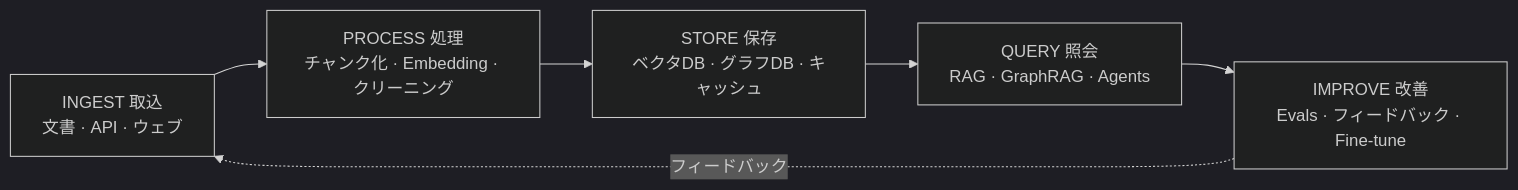
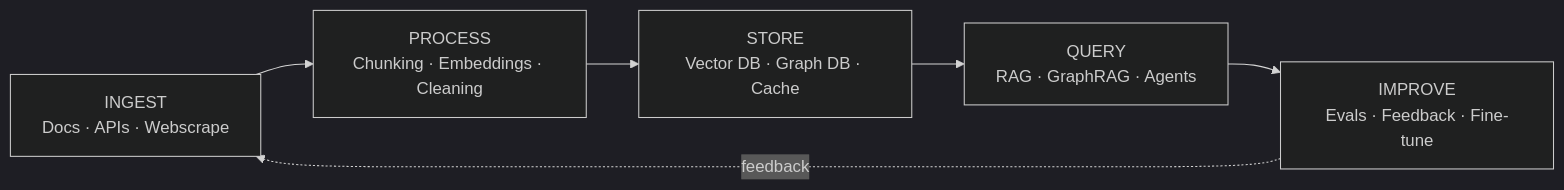
The diagram in translations/README_ja.md (kennethlaw325/awesome-llm-knowledge-systems), drawn with Mermaid (dark theme) before and after one commit. The commit also changed other lines of this file and 98 other files, not shown here.

````diff
--- a/translations/README_ja.md
+++ b/translations/README_ja.md
@@ -94,8 +191,8 @@
 ```mermaid
 flowchart LR
-    I[INGEST 取込<br/>文書 · API · ウェブ] --> P[PROCESS 処理<br/>チャンク化 · Embedding · クリーニング]
-    P --> S[STORE 保存<br/>ベクタDB · グラフDB · キャッシュ]
-    S --> Q[QUERY 照会<br/>RAG · GraphRAG · Agents]
-    Q --> M[IMPROVE 改善<br/>Evals · フィードバック · Fine-tune]
-    M -. フィードバック .-> I
+    I[INGEST<br/>Docs · APIs · Webscrape] --> P[PROCESS<br/>Chunking · Embeddings · Cleaning]
+    P --> S[STORE<br/>Vector DB · Graph DB · Cache]
+    S --> Q[QUERY<br/>RAG · GraphRAG · Agents]
+    Q --> M[IMPROVE<br/>Evals · Feedback · Fine-tune]
+    M -. feedback .-> I
 ```
````
